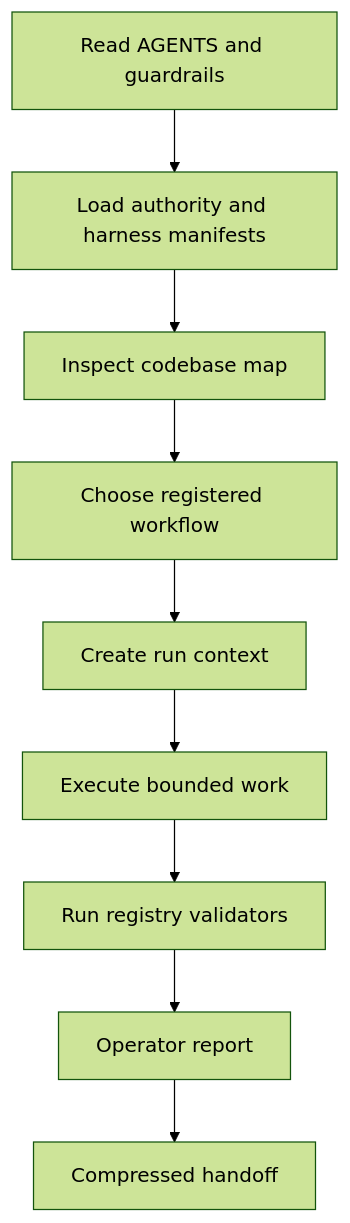
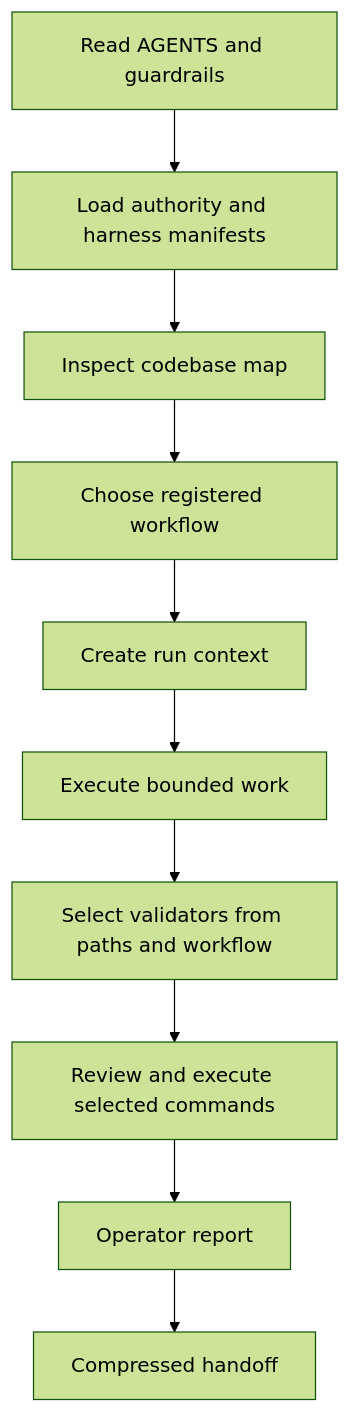
The diagram in docs/AI_HARNESS.md (EndeavorEverlasting/AxTask), drawn with Mermaid (forest theme) before and after one commit. The commit also changed other lines of this file, not shown here.

````diff
--- a/docs/AI_HARNESS.md
+++ b/docs/AI_HARNESS.md
@@ -31,11 +32,12 @@
 ```mermaid
 flowchart TD
   A[Read AGENTS and guardrails] --> B[Load authority and harness manifests]
   B --> C[Inspect codebase map]
   C --> D[Choose registered workflow]
   D --> E[Create run context]
   E --> F[Execute bounded work]
-  F --> G[Run registry validators]
-  G --> H[Operator report]
-  H --> I[Compressed handoff]
+  F --> G[Select validators from paths and workflow]
+  G --> H[Review and execute selected commands]
+  H --> I[Operator report]
+  I --> J[Compressed handoff]
 ```
````
